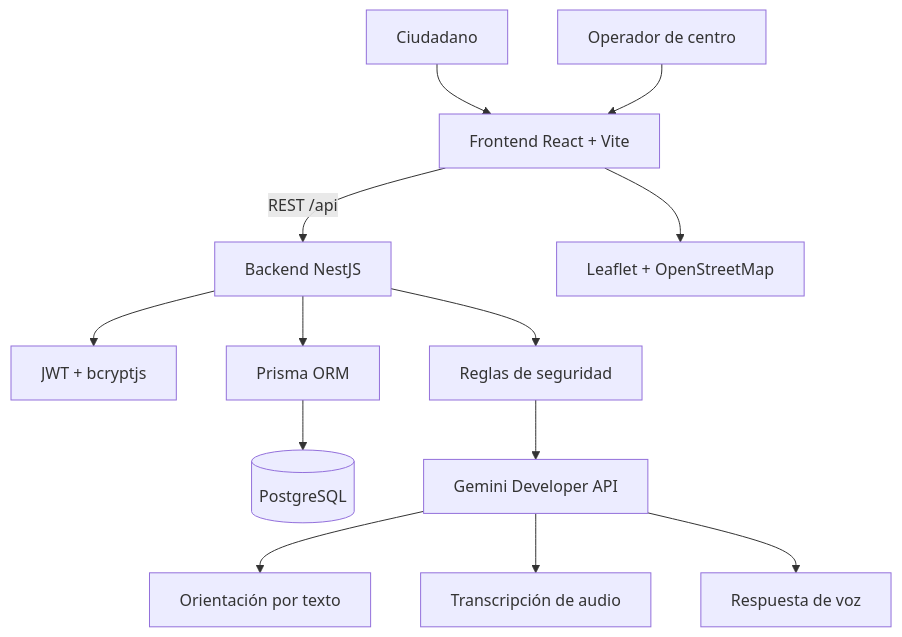
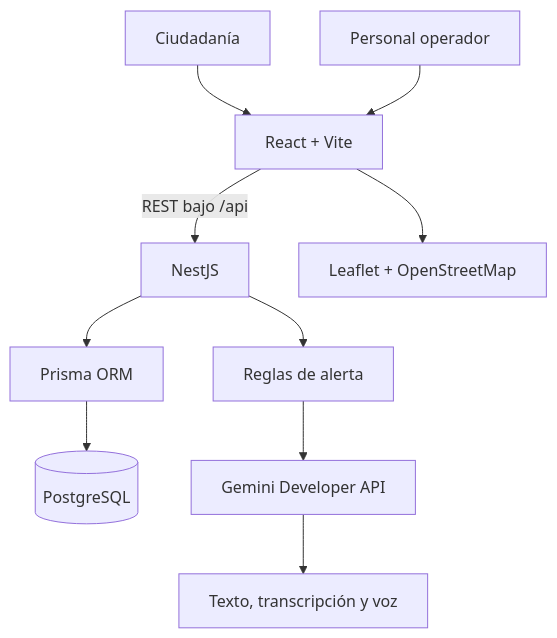
Before and after one commit to ManferuzXO/SaludCerca: the first of 2 diagrams in ARQUITECTURA.md, drawn with Mermaid. The commit also changed other lines of this file and 4 other files, not shown here.

````diff
--- a/ARQUITECTURA.md
+++ b/ARQUITECTURA.md
@@ -11,18 +11,12 @@
 ```mermaid
 flowchart TB
-  Citizen[Ciudadano] --> Frontend[Frontend React + Vite]
-  Operator[Operador de centro] --> Frontend
-
-  Frontend -->|REST /api| Backend[Backend NestJS]
-  Frontend --> Map[Leaflet + OpenStreetMap]
-
-  Backend --> Auth[JWT + bcryptjs]
-  Backend --> Prisma[Prisma ORM]
-  Prisma --> DB[(PostgreSQL)]
-  Backend --> Triage[Reglas de seguridad]
-  Triage --> Gemini[Gemini Developer API]
-
-  Gemini --> Chat[Orientación por texto]
-  Gemini --> STT[Transcripción de audio]
-  Gemini --> TTS[Respuesta de voz]
+  Citizen[Ciudadanía] --> Web[React + Vite]
+  Operator[Personal operador] --> Web
+  Web -->|REST bajo /api| Api[NestJS]
+  Web --> Map[Leaflet + OpenStreetMap]
+  Api --> Prisma[Prisma ORM]
+  Prisma --> Db[(PostgreSQL)]
+  Api --> Safety[Reglas de alerta]
+  Safety --> Gemini[Gemini Developer API]
+  Gemini --> Chat[Texto, transcripción y voz]
 ```
````
